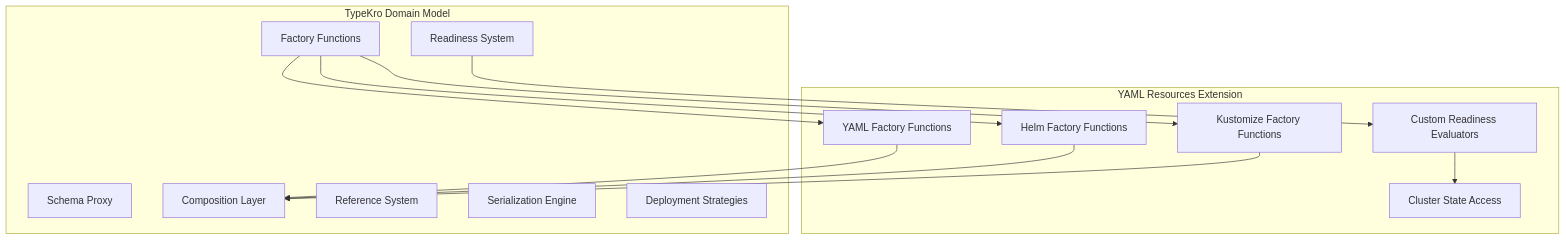
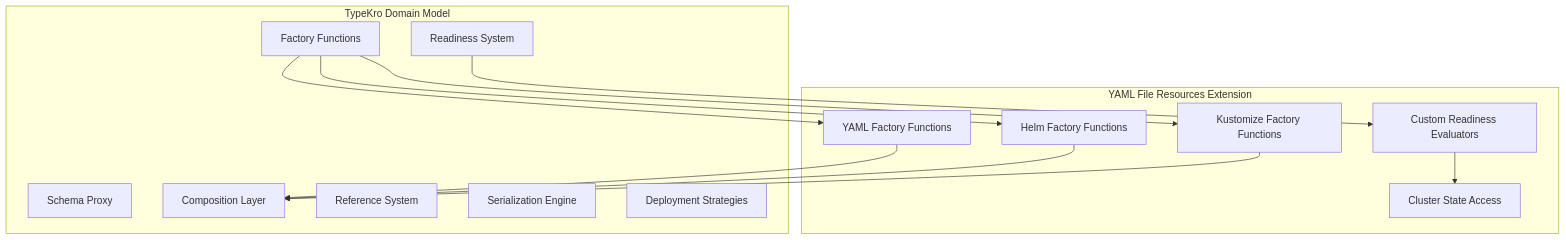
The diagram in .kiro/specs/yaml-file-resources/design.md (yehudacohen/typekro), drawn with Mermaid before and after one commit. The commit also changed other lines of this file and 5 other files, not shown here.

First line of the commit message:
Update YAML file resources spec for TypeKro-native bootstrap approach

````diff
--- a/.kiro/specs/yaml-file-resources/design.md
+++ b/.kiro/specs/yaml-file-resources/design.md
@@ -15,30 +45,30 @@
 ```mermaid
 graph TB
     subgraph "TypeKro Domain Model"
         Schema[Schema Proxy]
         Factory[Factory Functions]
         Composition[Composition Layer]
         References[Reference System]
         Serialization[Serialization Engine]
         Deployment[Deployment Strategies]
         Readiness[Readiness System]
     end
     
-    subgraph "YAML Resources Extension"
+    subgraph "YAML File Resources Extension"
         YamlFactory[YAML Factory Functions]
         HelmFactory[Helm Factory Functions]
         KustomizeFactory[Kustomize Factory Functions]
         ReadinessEval[Custom Readiness Evaluators]
         ClusterState[Cluster State Access]
     end
     
     Factory --> YamlFactory
     Factory --> HelmFactory
     Factory --> KustomizeFactory
     Readiness --> ReadinessEval
     ReadinessEval --> ClusterState
     
     YamlFactory --> Composition
     HelmFactory --> Composition
     KustomizeFactory --> Composition
 ```
````
